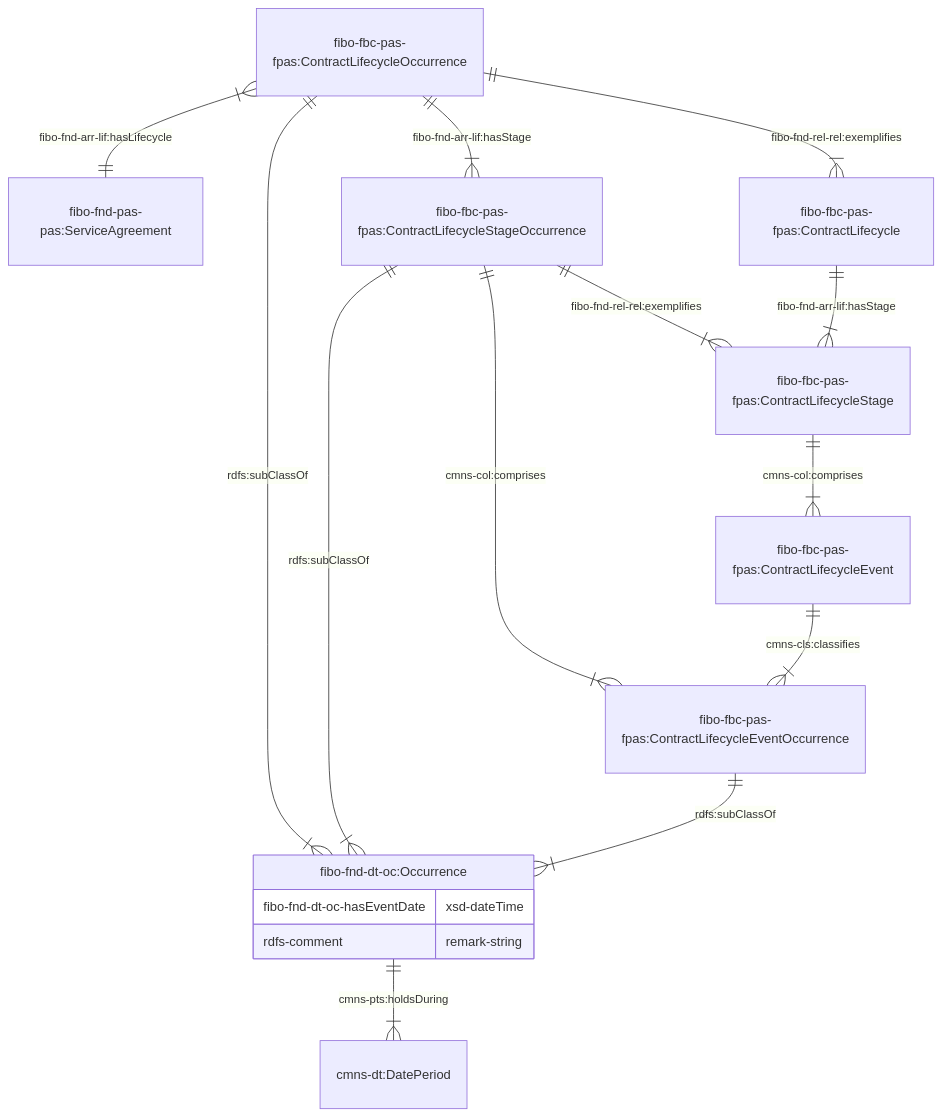
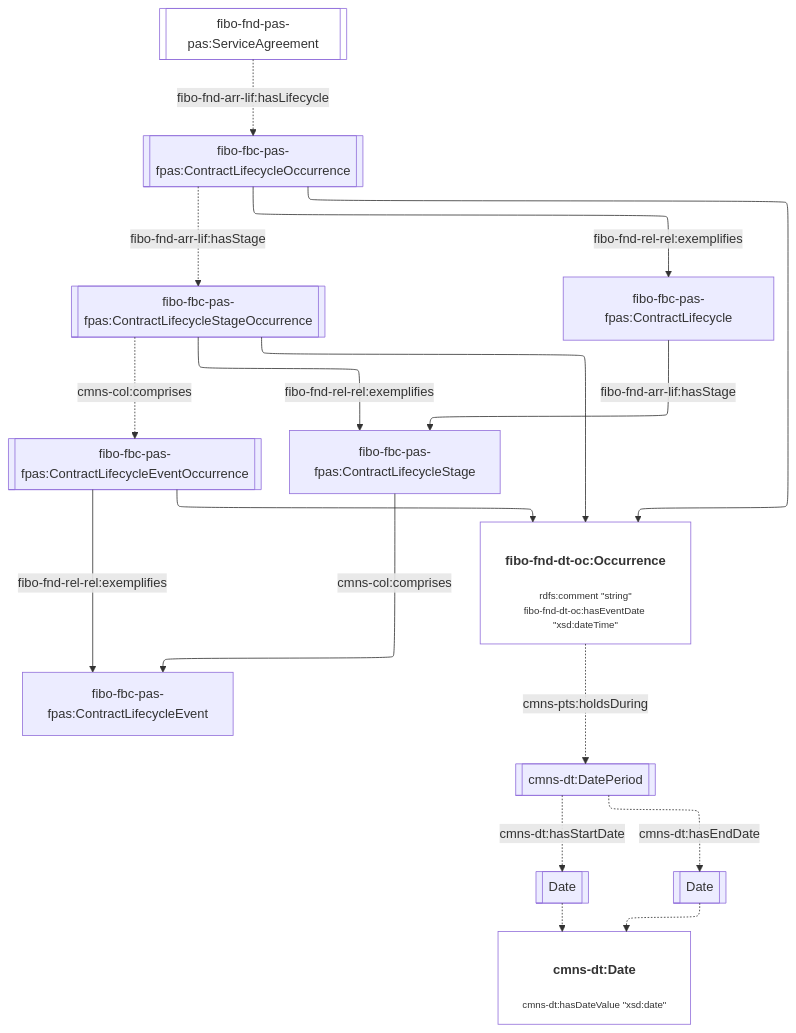
The seventh of 10 diagrams in JPS_Ontology/ontology/ontoservice/README.md (cambridge-cares/TheWorldAvatar), drawn with Mermaid before and after one commit. The commit also changed other lines of this file and 1 other file, not shown here.

Commit message:
dev-service-execution-ontology-extension: update to flowchart diagram in ontoservice and ontowastemanagement

````diff
--- a/JPS_Ontology/ontology/ontoservice/README.md
+++ b/JPS_Ontology/ontology/ontoservice/README.md
@@ -236,24 +266,29 @@
 ```mermaid
-    erDiagram
-    "fibo-fbc-pas-fpas:ContractLifecycleOccurrence" }|--|| "fibo-fnd-pas-pas:ServiceAgreement" : "fibo-fnd-arr-lif:hasLifecycle"
-    "fibo-fbc-pas-fpas:ContractLifecycleOccurrence" ||--|{ "fibo-fbc-pas-fpas:ContractLifecycle" : "fibo-fnd-rel-rel:exemplifies"
-    "fibo-fbc-pas-fpas:ContractLifecycleOccurrence" ||--|{ "fibo-fbc-pas-fpas:ContractLifecycleStageOccurrence" : "fibo-fnd-arr-lif:hasStage"
-    "fibo-fbc-pas-fpas:ContractLifecycleStageOccurrence" ||--|{ "fibo-fbc-pas-fpas:ContractLifecycleStage" : "fibo-fnd-rel-rel:exemplifies"
-    "fibo-fbc-pas-fpas:ContractLifecycleStageOccurrence" ||--|{ "fibo-fbc-pas-fpas:ContractLifecycleEventOccurrence" : "cmns-col:comprises"
+%%{init: {"flowchart": {"defaultRenderer": "elk"}} }%%
+flowchart TD
+    %% Styling
+    classDef literal fill:none
+    classDef node overflow-wrap:break-word,text-wrap:pretty
+    linkStyle default overflow-wrap:break-word,text-wrap:pretty;
 
-    "fibo-fbc-pas-fpas:ContractLifecycle" ||--|{ "fibo-fbc-pas-fpas:ContractLifecycleStage" : "fibo-fnd-arr-lif:hasStage"
+    %% Contents
+    Agreement[[fibo-fnd-pas-pas:ServiceAgreement]]:::literal -. fibo-fnd-arr-lif:hasLifecycle .-> LifecycleOccurrence[[fibo-fbc-pas-fpas:ContractLifecycleOccurrence]]
+    LifecycleOccurrence -. fibo-fnd-arr-lif:hasStage .-> StageOccurrence[[fibo-fbc-pas-fpas:ContractLifecycleStageOccurrence]]
+    StageOccurrence -. cmns-col:comprises .-> EventOccurrence[[fibo-fbc-pas-fpas:ContractLifecycleEventOccurrence]]
 
-    "fibo-fbc-pas-fpas:ContractLifecycleStage" ||--|{ "fibo-fbc-pas-fpas:ContractLifecycleEvent" : "cmns-col:comprises"
-    "fibo-fbc-pas-fpas:ContractLifecycleEvent" ||--|{ "fibo-fbc-pas-fpas:ContractLifecycleEventOccurrence" : "cmns-cls:classifies"
+    LifecycleOccurrence -- fibo-fnd-rel-rel:exemplifies --> Lifecycle[fibo-fbc-pas-fpas:ContractLifecycle]
+    StageOccurrence -- fibo-fnd-rel-rel:exemplifies --> Stage[fibo-fbc-pas-fpas:ContractLifecycleStage]
+    EventOccurrence -- fibo-fnd-rel-rel:exemplifies --> Event[fibo-fbc-pas-fpas:ContractLifecycleEvent]
 
-    "fibo-fbc-pas-fpas:ContractLifecycleOccurrence" ||--|{ "fibo-fnd-dt-oc:Occurrence" : "rdfs:subClassOf"
-    "fibo-fbc-pas-fpas:ContractLifecycleStageOccurrence" ||--|{ "fibo-fnd-dt-oc:Occurrence" : "rdfs:subClassOf"
-    "fibo-fbc-pas-fpas:ContractLifecycleEventOccurrence" ||--|{ "fibo-fnd-dt-oc:Occurrence" : "rdfs:subClassOf"
+    Lifecycle -- fibo-fnd-arr-lif:hasStage --> Stage
+    Stage -- cmns-col:comprises --> Event
 
-    "fibo-fnd-dt-oc:Occurrence" ||--|{ " cmns-dt:DatePeriod" : "cmns-pts:holdsDuring"
-
-    "fibo-fnd-dt-oc:Occurrence" {
-        fibo-fnd-dt-oc-hasEventDate xsd-dateTime
-        rdfs-comment remark-string
-    }
+    LifecycleOccurrence --> Occurrence["<h4>fibo-fnd-dt-oc:Occurrence</h4><p style='font-size:0.75rem;'>rdfs:comment &quot;string&quot;<br>fibo-fnd-dt-oc:hasEventDate &quot;xsd:dateTime&quot;</p>"]:::literal
+    StageOccurrence --> Occurrence
+    EventOccurrence --> Occurrence
+    Occurrence -. cmns-pts:holdsDuring .-> DatePeriod[[cmns-dt:DatePeriod]]
+    DatePeriod -. cmns-dt:hasStartDate .-> StartDate[[Date]]
+    DatePeriod -. cmns-dt:hasEndDate .-> EndDate[[Date]]
+    StartDate -.-> Date["<h4>cmns-dt:Date</h4><p style='font-size:0.75rem;'>cmns-dt:hasDateValue &quot;xsd:date&quot;</p>"]:::literal
+    EndDate -.-> Date
 ```
````
